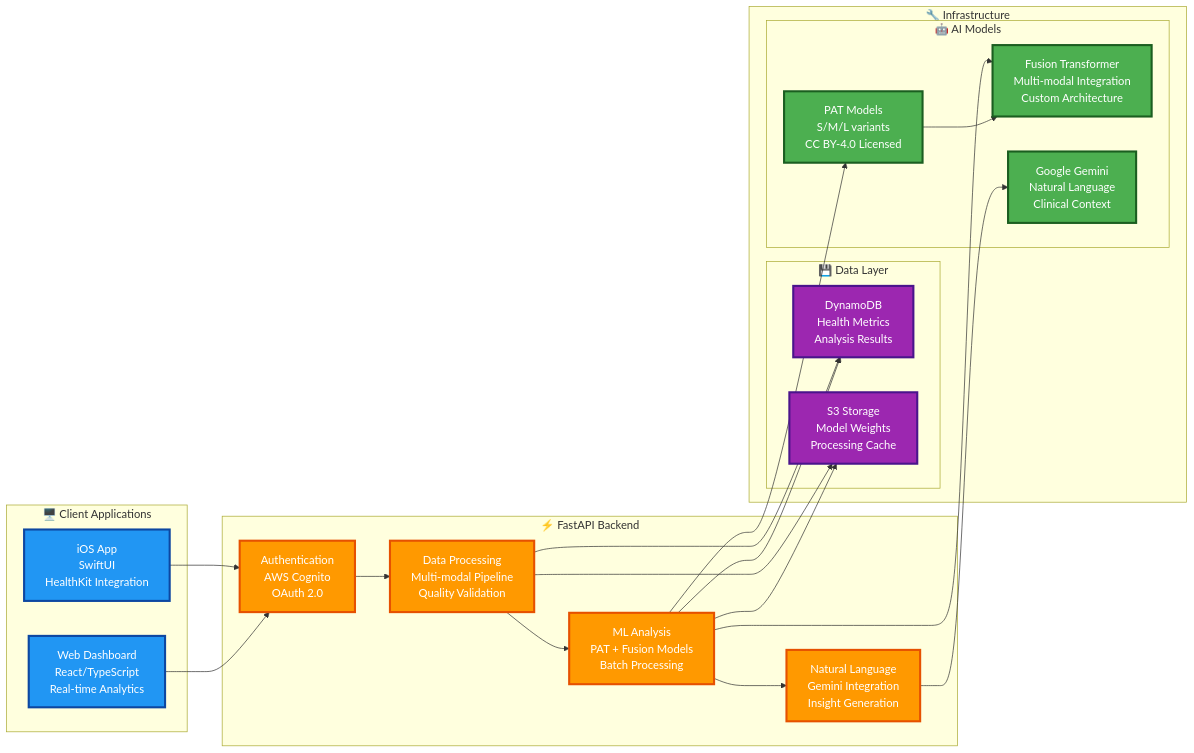
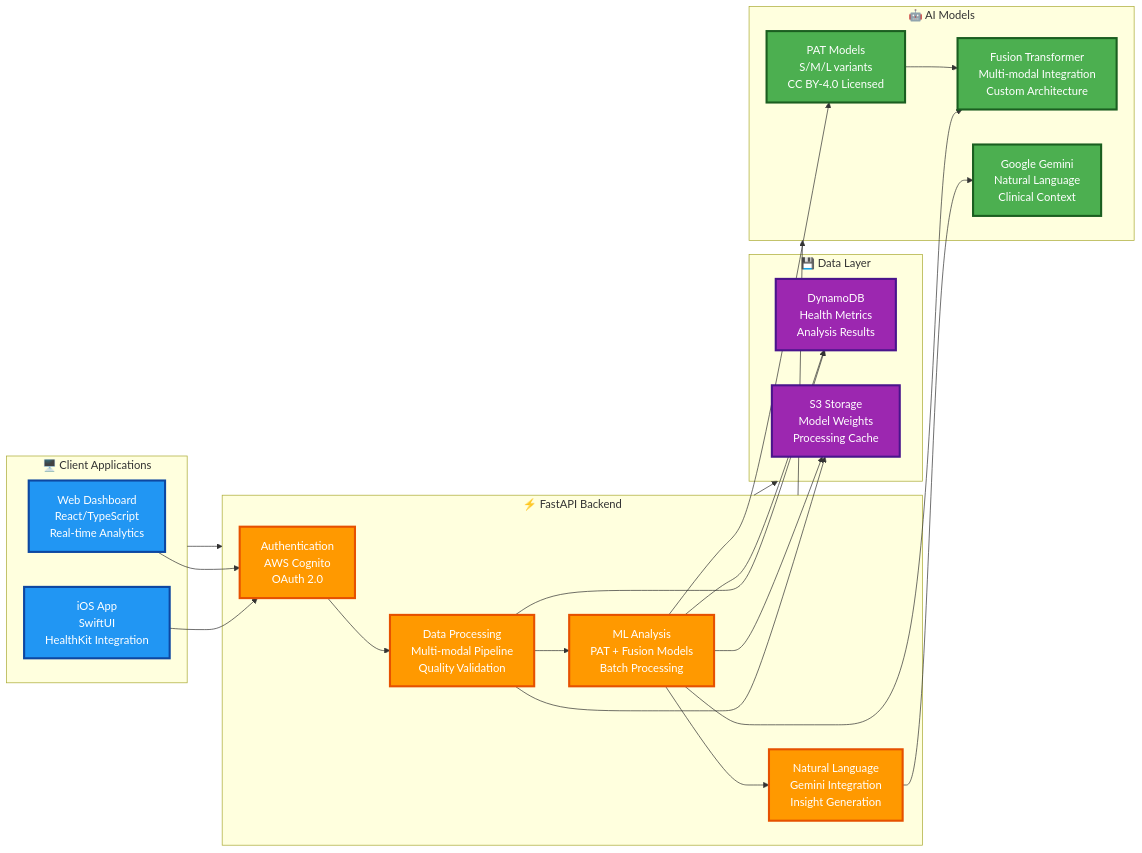
Before and after one commit to Clairty-Digital-Twin/clarity-loop-backend: the second of 2 diagrams in README.md, drawn with Mermaid.

Commit message:
chore: Refactor README.md flowchart for improved structure and clarity
- Adjusted the flowchart in README.md to enhance the visual representation of the data layer and AI models, ensuring a more organized layout.
- Added connections from Clients to Core, and from Core to Data and AI, improving the semantic structure of the documentation.

````diff
--- a/README.md
+++ b/README.md
@@ -91,56 +91,59 @@
 ```mermaid
 flowchart LR
     subgraph Clients ["🖥️ Client Applications"]
         A[iOS App<br/>SwiftUI<br/>HealthKit Integration]
         B[Web Dashboard<br/>React/TypeScript<br/>Real-time Analytics]
     end
     
     subgraph Core ["⚡ FastAPI Backend"]
         C[Authentication<br/>AWS Cognito<br/>OAuth 2.0]
         D[Data Processing<br/>Multi-modal Pipeline<br/>Quality Validation]
         E[ML Analysis<br/>PAT + Fusion Models<br/>Batch Processing]
         F[Natural Language<br/>Gemini Integration<br/>Insight Generation]
         
         C --> D
         D --> E
         E --> F
     end
     
-    subgraph Infrastructure ["🔧 Infrastructure"]
-        subgraph Data ["💾 Data Layer"]
-            G[DynamoDB<br/>Health Metrics<br/>Analysis Results]
-            H[S3 Storage<br/>Model Weights<br/>Processing Cache]
-        end
-        
-        subgraph AI ["🤖 AI Models"]
-            I[PAT Models<br/>S/M/L variants<br/>CC BY-4.0 Licensed]
-            J[Fusion Transformer<br/>Multi-modal Integration<br/>Custom Architecture]
-            K[Google Gemini<br/>Natural Language<br/>Clinical Context]
-        end
+    subgraph Data ["💾 Data Layer"]
+        G[DynamoDB<br/>Health Metrics<br/>Analysis Results]
+        H[S3 Storage<br/>Model Weights<br/>Processing Cache]
+    end
+    
+    subgraph AI ["🤖 AI Models"]
+        I[PAT Models<br/>S/M/L variants<br/>CC BY-4.0 Licensed]
+        J[Fusion Transformer<br/>Multi-modal Integration<br/>Custom Architecture]
+        K[Google Gemini<br/>Natural Language<br/>Clinical Context]
     end
     
     %% Main connections
     A --> C
     B --> C
+    
+    %% Core to Infrastructure connections
+    Clients --> Core
+    Core --> Data
+    Core --> AI
     
     D --> G
     D --> H
     E --> G
     E --> H
     
     E --> I
     E --> J
     F --> K
     
     I --> J
     
     classDef frontend fill:#2196f3,stroke:#0d47a1,stroke-width:3px,color:white
     classDef api fill:#ff9900,stroke:#e65100,stroke-width:3px,color:white
     classDef storage fill:#9c27b0,stroke:#4a148c,stroke-width:3px,color:white
     classDef ml fill:#4caf50,stroke:#1b5e20,stroke-width:3px,color:white
     
     class A,B frontend
     class C,D,E,F api
     class G,H storage
     class I,J,K ml
 ```
````
